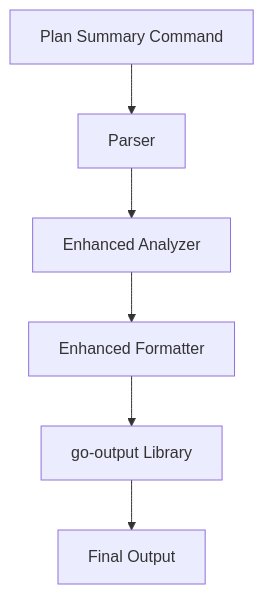
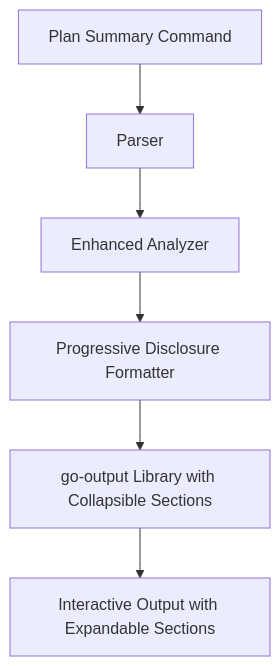
One commit to ArjenSchwarz/strata changed the diagram in agents/enhanced-summary-visualization/design.md. Above: the diagram before and after it, drawn with Mermaid. The commit also changed other lines of this file and 8 other files, not shown here.

````diff
--- a/agents/enhanced-summary-visualization/design.md
+++ b/agents/enhanced-summary-visualization/design.md
@@ -11,8 +11,8 @@
 ```mermaid
 graph TD
     A[Plan Summary Command] --> B[Parser]
     B --> C[Enhanced Analyzer]
-    C --> D[Enhanced Formatter]
-    D --> E[go-output Library]
-    E --> F[Final Output]
+    C --> D[Progressive Disclosure Formatter]
+    D --> E[go-output Library with Collapsible Sections]
+    E --> F[Interactive Output with Expandable Sections]
 ```
````
